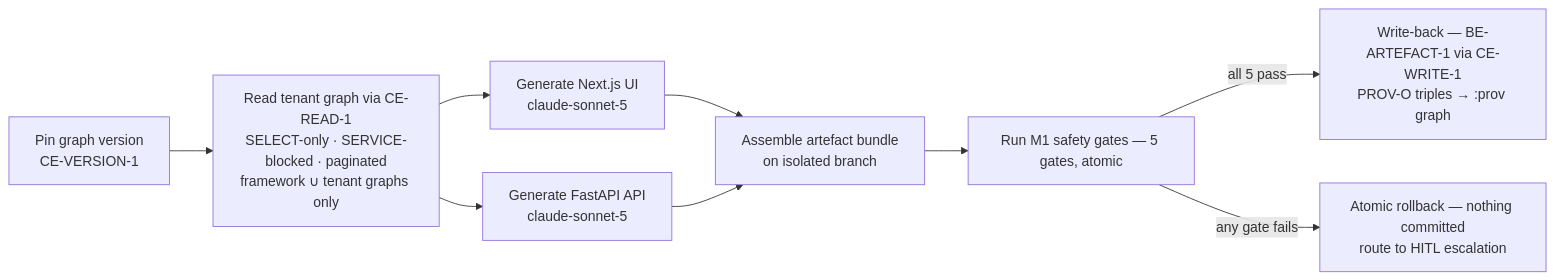
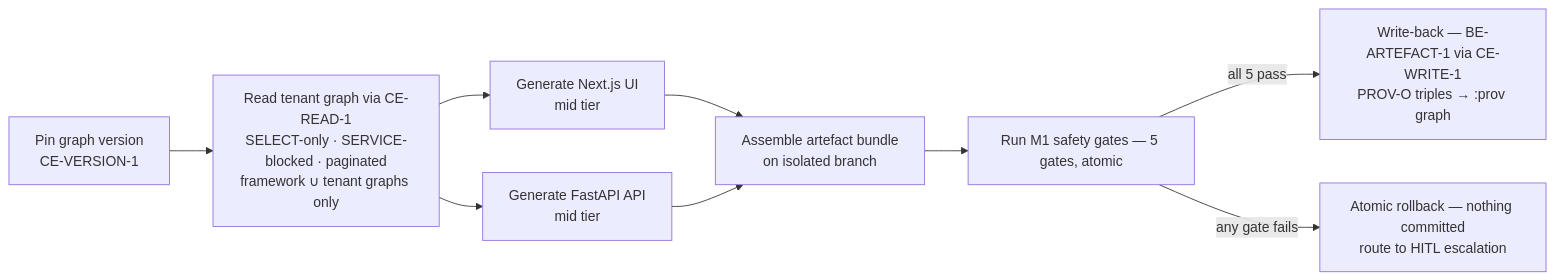
Diagram 11 of 19 in docs/specs/weave/engines/build-engine/tech-spec/business-process.md (gazzwi86/weave), drawn with Mermaid before and after one commit. The commit also changed other lines of this file and 42 other files, not shown here.

````diff
--- a/docs/specs/weave/engines/build-engine/tech-spec/business-process.md
+++ b/docs/specs/weave/engines/build-engine/tech-spec/business-process.md
@@ -346,11 +346,11 @@
 ```mermaid
 flowchart LR
   A[Pin graph version<br/>CE-VERSION-1] --> B[Read tenant graph via CE-READ-1<br/>SELECT-only · SERVICE-blocked · paginated<br/>framework ∪ tenant graphs only]
-  B --> C[Generate Next.js UI<br/>claude-sonnet-5]
-  B --> D[Generate FastAPI API<br/>claude-sonnet-5]
+  B --> C[Generate Next.js UI<br/>mid tier]
+  B --> D[Generate FastAPI API<br/>mid tier]
   C --> E[Assemble artefact bundle<br/>on isolated branch]
   D --> E
   E --> F[Run M1 safety gates — 5 gates, atomic]
   F -->|all 5 pass| G[Write-back — BE-ARTEFACT-1 via CE-WRITE-1<br/>PROV-O triples → :prov graph]
   F -->|any gate fails| H[Atomic rollback — nothing committed<br/>route to HITL escalation]
 ```
````
